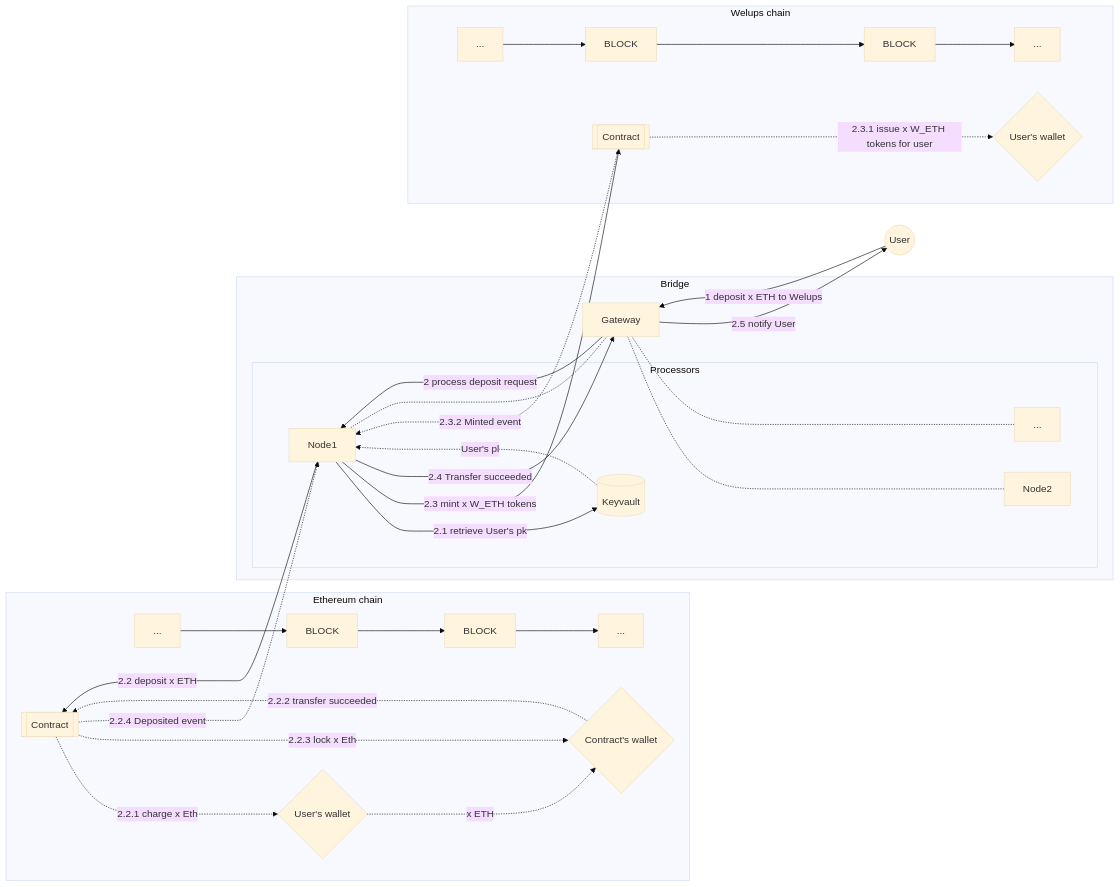
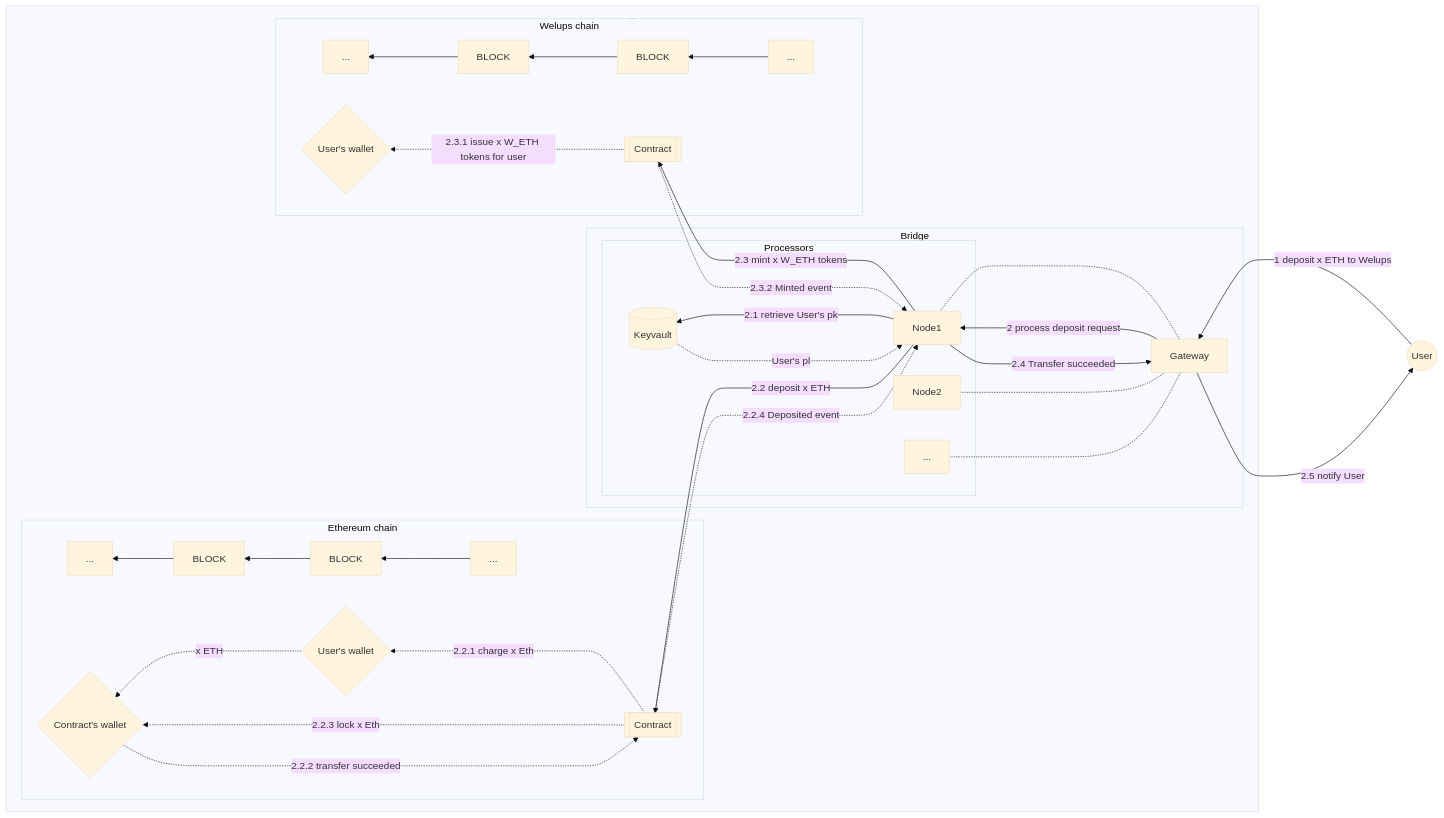
Before and after one commit to nhatanh002/bridges-plan: the diagram in chart-sources/deposit-eth.mermaid, drawn with Mermaid (base theme). The commit also changed 1 other file, not shown here.

Commit message:
Reflowed chart

```diff
--- a/chart-sources/deposit-eth.mermaid
+++ b/chart-sources/deposit-eth.mermaid
@@ -1,44 +1,46 @@
-graph LR
-    subgraph ETH [Ethereum chain]
-     Head1[...]-->A1[BLOCK]-->B1[BLOCK]-->Tail1[...]    
-     C1[[Contract]]
-     W1{User's wallet}
-     W2{Contract's wallet}          
-    end
+graph RL
+    User((User)) 
+    subgraph _
+    subgraph BRD [Bridge]
 
-    User((User))
-    
-    subgraph BRD [Bridge]
      G[Gateway]-..-P1     
      G-..-P2
      G-..-Px
         subgraph P [Processors]
         DB[(Keyvault)]
         P1[Node1]
         P2[Node2]
         Px[...]    
         end               
     end
 
+    subgraph ETH [Ethereum chain]
+     Head1[...]-->A1[BLOCK]-->B1[BLOCK]-->Tail1[...]    
+     C1[[Contract]]
+     W1{User's wallet}
+     W2{Contract's wallet}          
+    end
+
     subgraph WEL [Welups chain]
      Head2[...]-->A2[BLOCK]-->B2[BLOCK]-->Tail2[...]
      C2[[Contract]]
      W3{User's wallet}
     end    
+    end
 
 User-- 1 deposit x ETH to Welups -->G
 G -- 2 process deposit request --> P1
 P1-- 2.1 retrieve User's pk --> DB
 DB-..->|User's pl|P1
 P1-- 2.2 deposit x ETH -->C1
 C1-..->|2.2.1 charge x Eth|W1
 W1-..->|x ETH|W2
 W2-..->|2.2.2 transfer succeeded|C1
 C1-..->|2.2.3 lock x Eth|W2
 C1-..->|2.2.4 Deposited event|P1
 
 P1-- 2.3 mint x W_ETH tokens --> C2
 C2-..->|2.3.1 issue x W_ETH tokens for user| W3
 C2-..->|2.3.2 Minted event|P1
 P1-- 2.4 Transfer succeeded -->G
 G-- 2.5 notify User --> User
```
